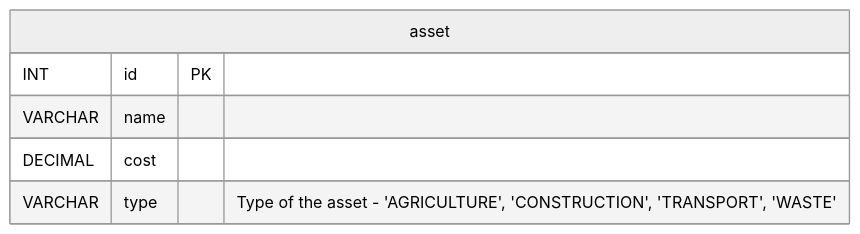
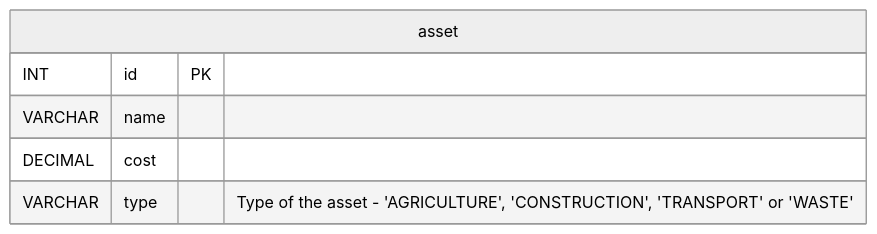
Before and after one commit to Jake-Baum/asset-recommender: the diagram in README.md, drawn with Mermaid (neutral theme). The commit also changed other lines of this file, not shown here.

````diff
--- a/README.md
+++ b/README.md
@@ -28,9 +30,9 @@
 ```mermaid
 erDiagram
     asset {
         INT id PK
         VARCHAR name
         DECIMAL cost
-        VARCHAR type "Type of the asset - 'AGRICULTURE', 'CONSTRUCTION', 'TRANSPORT', 'WASTE'"
+        VARCHAR type "Type of the asset - 'AGRICULTURE', 'CONSTRUCTION', 'TRANSPORT' or 'WASTE'"
     }
 ```
````
